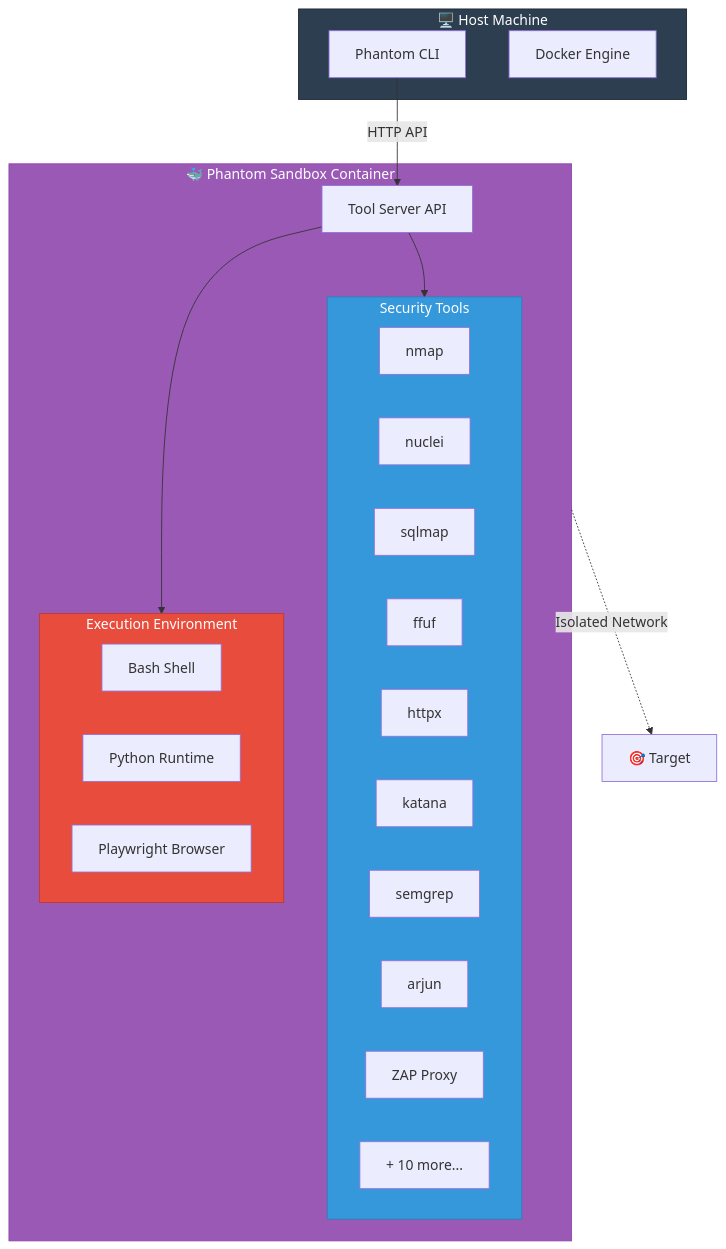
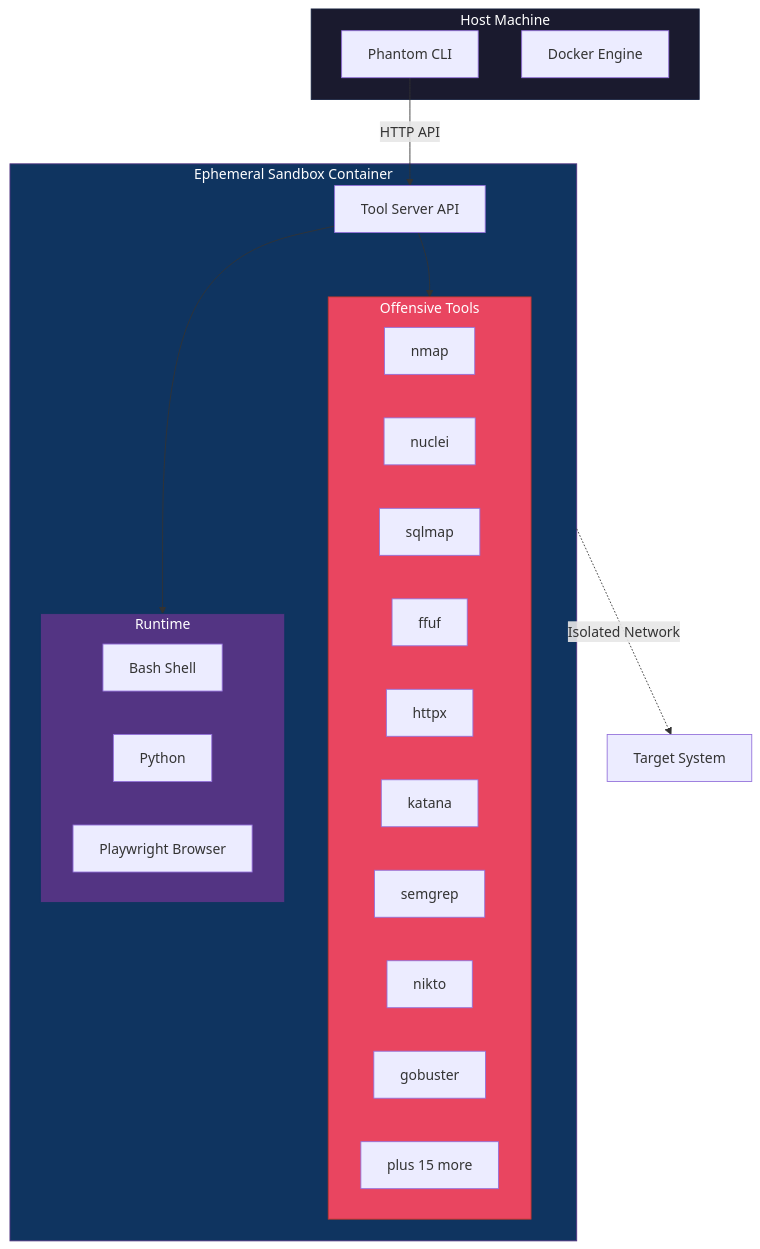
One commit to Usta0x001/Phantom changed the fourth of 6 diagrams in README.md. Above: the diagram before and after it, drawn with Mermaid. The commit also changed other lines of this file and 12 other files, not shown here.

````diff
--- a/README.md
+++ b/README.md
@@ -210,40 +238,40 @@
 ```mermaid
 graph TB
-    subgraph Host["🖥️ Host Machine"]
+    subgraph Host["Host Machine"]
         CLI[Phantom CLI]
-        Docker[Docker Engine]
+        DockerEngine[Docker Engine]
     end
 
-    subgraph Sandbox["🐳 Phantom Sandbox Container"]
+    subgraph Container["Ephemeral Sandbox Container"]
         ToolServer[Tool Server API]
 
-        subgraph Tools["Security Tools"]
+        subgraph OffensiveTools["Offensive Tools"]
             nmap[nmap]
             nuclei[nuclei]
             sqlmap[sqlmap]
             ffuf[ffuf]
             httpx[httpx]
             katana[katana]
             semgrep[semgrep]
-            arjun[arjun]
-            zap[ZAP Proxy]
-            more[+ 10 more...]
+            nikto[nikto]
+            gobuster[gobuster]
+            more[plus 15 more]
         end
 
-        subgraph Runtime["Execution Environment"]
+        subgraph Runtime["Runtime"]
             Shell[Bash Shell]
-            Python[Python Runtime]
-            Browser[Playwright Browser]
+            Python[Python]
+            PW[Playwright Browser]
         end
     end
 
     CLI --> |HTTP API| ToolServer
-    ToolServer --> Tools
+    ToolServer --> OffensiveTools
     ToolServer --> Runtime
-    Sandbox -.-> |"Isolated Network"| Target["🎯 Target"]
+    Container -.-> |Isolated Network| Target["Target System"]
 
-    style Host fill:#2c3e50,stroke:#1a252f,color:#fff
-    style Sandbox fill:#9b59b6,stroke:#8e44ad,color:#fff
-    style Tools fill:#3498db,stroke:#2980b9,color:#fff
-    style Runtime fill:#e74c3c,stroke:#c0392b,color:#fff
+    style Host fill:#1a1a2e,stroke:#16213e,color:#fff
+    style Container fill:#0f3460,stroke:#533483,color:#fff
+    style OffensiveTools fill:#e94560,stroke:#c0392b,color:#fff
+    style Runtime fill:#533483,stroke:#0f3460,color:#fff
 ```
````
